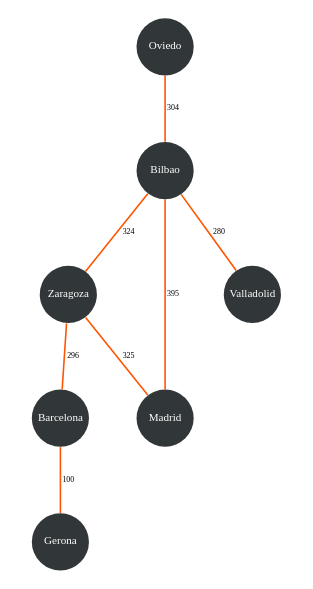
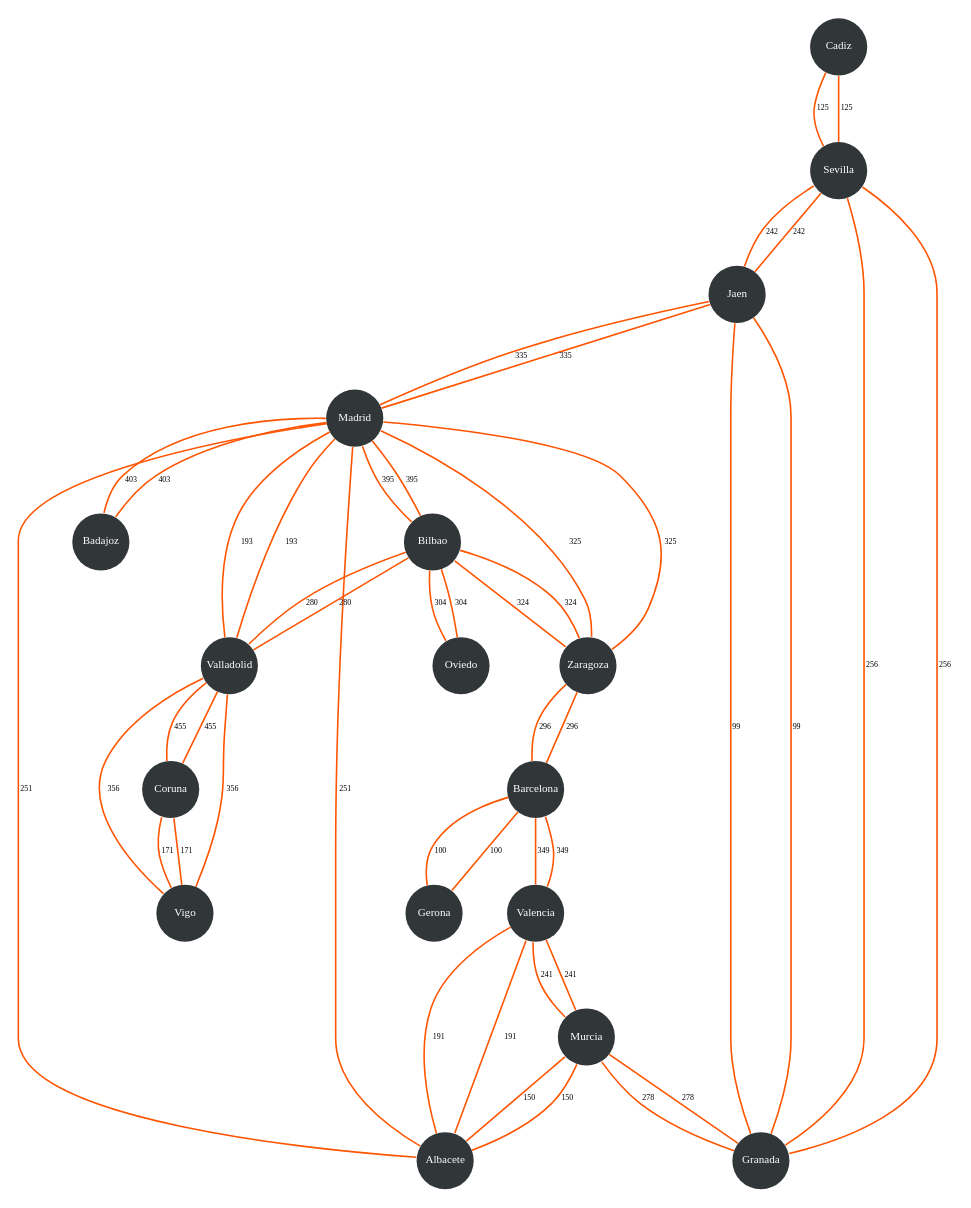
Before and after one commit to miguel-tubac/EDD_Proyecto2_202101927: the diagram in Reportes/Rutas.dot, drawn with Graphviz. The commit also changed 13 other files, not shown here.

```diff
--- a/Reportes/Rutas.dot
+++ b/Reportes/Rutas.dot
@@ -1,18 +1,96 @@
 digraph G {
 	edge [arrowhead=none fontcolor=black color="#ff5400"];
 	node [shape=circle fixedsize=shape width=0.5 fontsize=7 style=filled fillcolor="#313638" fontcolor=white color=transparent];
+	edge [label=125 fontsize=5]; 
+	Cadiz -> Sevilla; 
+	edge [label=125 fontsize=5]; 
+	Sevilla -> Cadiz; 
+	edge [label=256 fontsize=5]; 
+	Sevilla -> Granada; 
+	edge [label=242 fontsize=5]; 
+	Sevilla -> Jaen; 
+	edge [label=256 fontsize=5]; 
+	Granada -> Sevilla; 
+	edge [label=99 fontsize=5]; 
+	Granada -> Jaen; 
+	edge [label=278 fontsize=5]; 
+	Granada -> Murcia; 
+	edge [label=242 fontsize=5]; 
+	Jaen -> Sevilla; 
+	edge [label=99 fontsize=5]; 
+	Jaen -> Granada; 
+	edge [label=335 fontsize=5]; 
+	Jaen -> Madrid; 
+	edge [label=278 fontsize=5]; 
+	Murcia -> Granada; 
+	edge [label=241 fontsize=5]; 
+	Murcia -> Valencia; 
+	edge [label=150 fontsize=5]; 
+	Murcia -> Albacete; 
+	edge [label=335 fontsize=5]; 
+	Madrid -> Jaen; 
+	edge [label=251 fontsize=5]; 
+	Madrid -> Albacete; 
+	edge [label=325 fontsize=5]; 
+	Madrid -> Zaragoza; 
+	edge [label=403 fontsize=5]; 
+	Madrid -> Badajoz; 
+	edge [label=193 fontsize=5]; 
+	Madrid -> Valladolid; 
+	edge [label=395 fontsize=5]; 
+	Madrid -> Bilbao; 
+	edge [label=241 fontsize=5]; 
+	Valencia -> Murcia; 
+	edge [label=191 fontsize=5]; 
+	Valencia -> Albacete; 
+	edge [label=349 fontsize=5]; 
+	Valencia -> Barcelona; 
+	edge [label=150 fontsize=5]; 
+	Albacete -> Murcia; 
+	edge [label=191 fontsize=5]; 
+	Albacete -> Valencia; 
+	edge [label=251 fontsize=5]; 
+	Albacete -> Madrid; 
+	edge [label=349 fontsize=5]; 
+	Barcelona -> Valencia; 
+	edge [label=100 fontsize=5]; 
+	Barcelona -> Gerona; 
+	edge [label=296 fontsize=5]; 
+	Barcelona -> Zaragoza; 
+	edge [label=100 fontsize=5]; 
+	Gerona -> Barcelona; 
+	edge [label=296 fontsize=5]; 
+	Zaragoza -> Barcelona; 
+	edge [label=325 fontsize=5]; 
+	Zaragoza -> Madrid; 
+	edge [label=324 fontsize=5]; 
+	Zaragoza -> Bilbao; 
+	edge [label=403 fontsize=5]; 
+	Badajoz -> Madrid; 
+	edge [label=193 fontsize=5]; 
+	Valladolid -> Madrid; 
+	edge [label=356 fontsize=5]; 
+	Valladolid -> Vigo; 
+	edge [label=455 fontsize=5]; 
+	Valladolid -> Coruna; 
+	edge [label=280 fontsize=5]; 
+	Valladolid -> Bilbao; 
+	edge [label=356 fontsize=5]; 
+	Vigo -> Valladolid; 
+	edge [label=171 fontsize=5]; 
+	Vigo -> Coruna; 
+	edge [label=455 fontsize=5]; 
+	Coruna -> Valladolid; 
+	edge [label=171 fontsize=5]; 
+	Coruna -> Vigo; 
+	edge [label=280 fontsize=5]; 
+	Bilbao -> Valladolid; 
+	edge [label=395 fontsize=5]; 
+	Bilbao -> Madrid; 
+	edge [label=324 fontsize=5]; 
+	Bilbao -> Zaragoza; 
 	edge [label=304 fontsize=5]; 
-	Oviedo  ->  Bilbao ; 
-	edge [label=324 fontsize=5]; 
-	Bilbao  ->  Zaragoza ; 
-	edge [label=395 fontsize=5]; 
-	Bilbao  ->  Madrid ; 
-	edge [label=280 fontsize=5]; 
-	Bilbao  ->  Valladolid ; 
-	edge [label=296 fontsize=5]; 
-	Zaragoza  ->  Barcelona ; 
-	edge [label=325 fontsize=5]; 
-	Zaragoza  ->  Madrid ; 
-	edge [label=100 fontsize=5]; 
-	Barcelona  ->  Gerona ; 
+	Bilbao -> Oviedo; 
+	edge [label=304 fontsize=5]; 
+	Oviedo -> Bilbao; 
 	}
```
